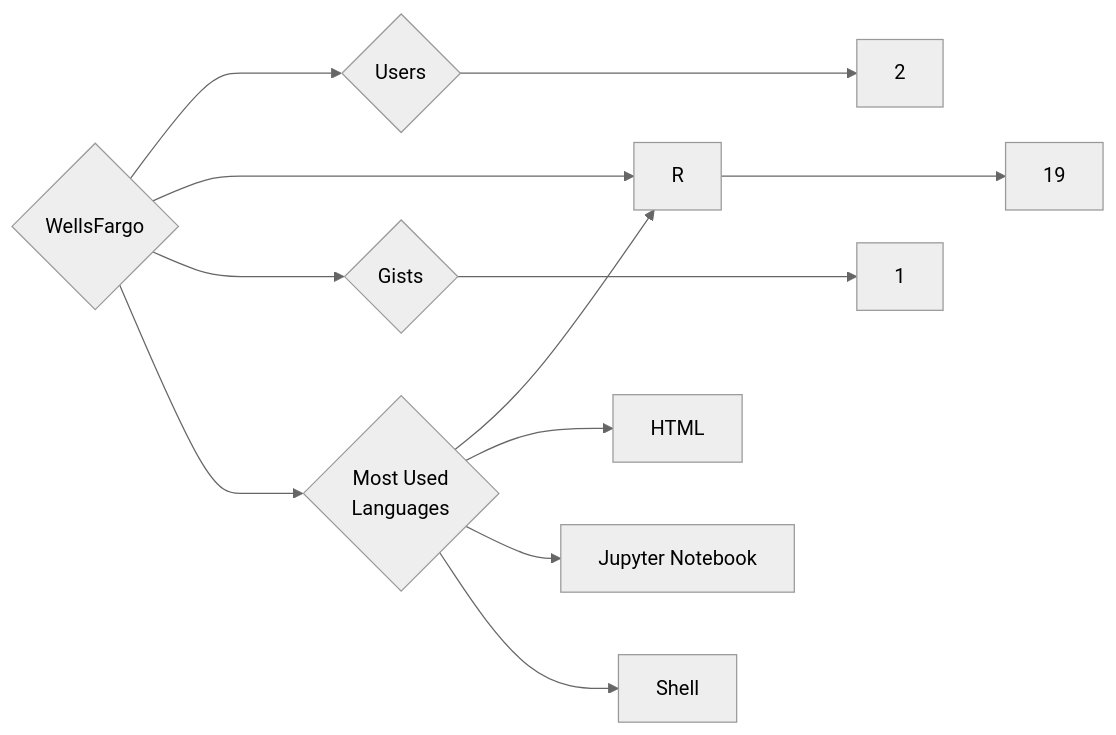
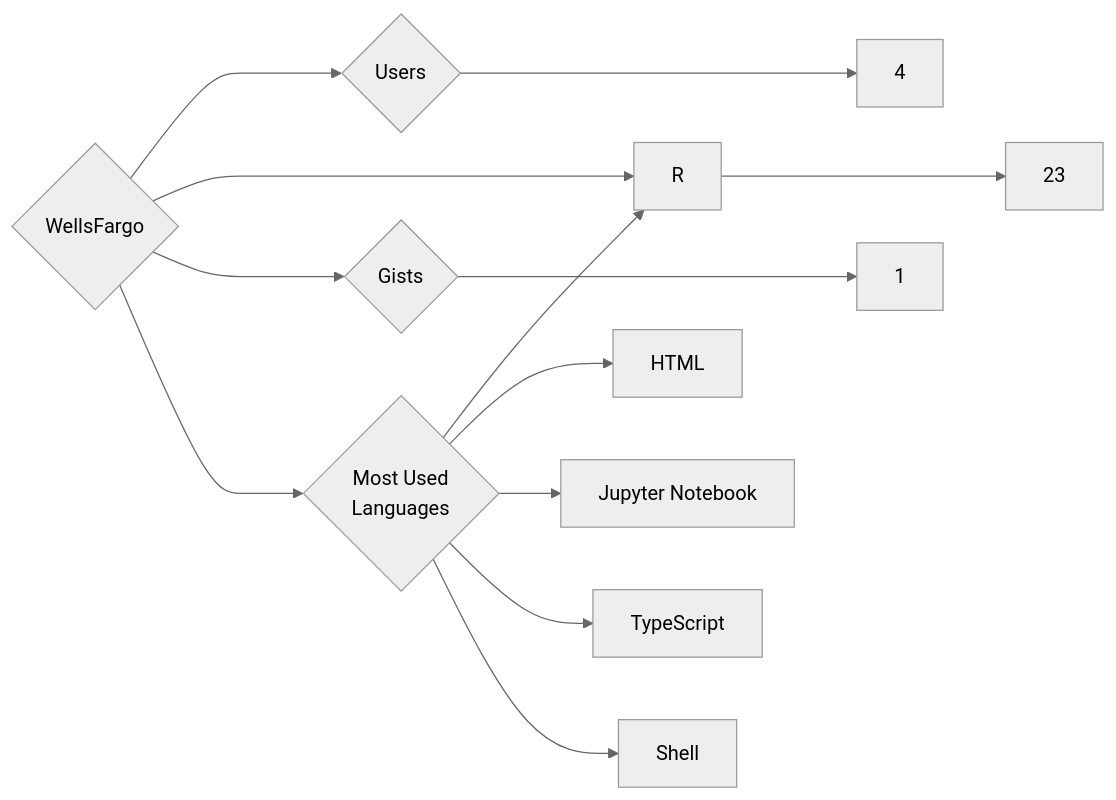
The diagram in targets/WellsFargo/README.md (trickest/insiders), drawn with Mermaid (neutral theme) before and after one commit. The commit also changed 878 other files, not shown here.

````diff
--- a/targets/WellsFargo/README.md
+++ b/targets/WellsFargo/README.md
@@ -3,12 +3,13 @@
 ```mermaid
 graph LR
 COMPANY_NAME{WellsFargo}
-COMPANY_NAME ---> U{Users} ---> UN[2]
-COMPANY_NAME ---> R{Repositories} ---> RN[19]
+COMPANY_NAME ---> U{Users} ---> UN[4]
+COMPANY_NAME ---> R{Repositories} ---> RN[23]
 COMPANY_NAME ---> G{Gists} ---> GN[1]
 COMPANY_NAME ---> ML{Most Used<br>Languages}
 ML --> R[R]
 ML --> HTML[HTML]
 ML --> Jupyter_Notebook[Jupyter Notebook]
+ML --> TypeScript[TypeScript]
 ML --> Shell[Shell]
 ```
````
